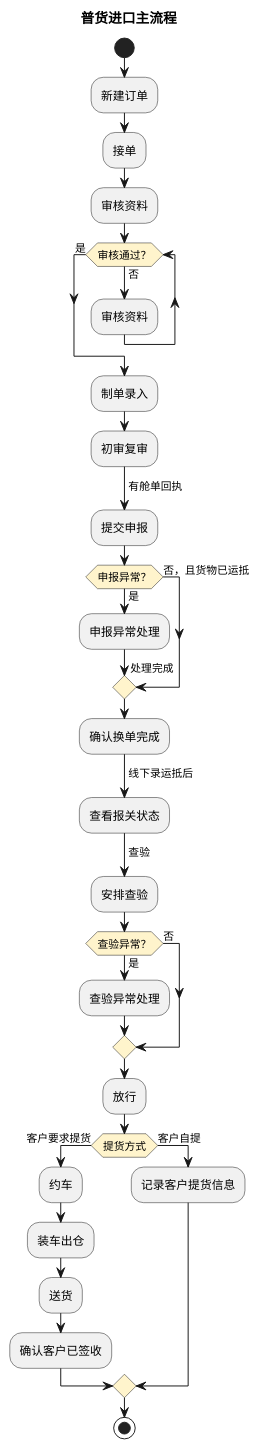
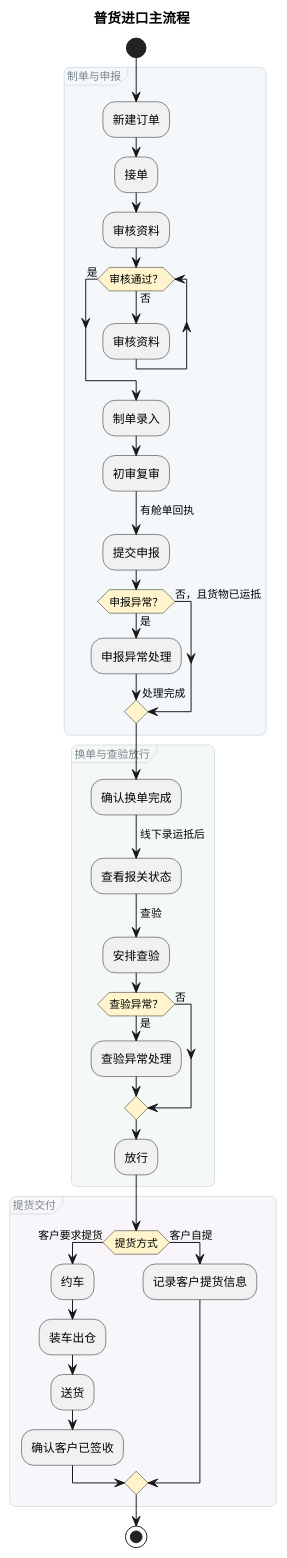
One commit to jack888332/projects-doc changed the sixth of 10 diagrams in product-caliber/goldjet/segmented-prd/mainflow/PRD.高捷物流系统一期.主流程.03.普货进出口关务详细流程.md. Above: the diagram before and after it, drawn with PlantUML. The commit also changed other lines of this file and 16 other files, not shown here.

Commit message:
给DSL图分组

````diff
--- a/product-caliber/goldjet/segmented-prd/mainflow/PRD.高捷物流系统一期.主流程.03.普货进出口关务详细流程.md
+++ b/product-caliber/goldjet/segmented-prd/mainflow/PRD.高捷物流系统一期.主流程.03.普货进出口关务详细流程.md
@@ -168,41 +222,59 @@
 ```plantuml
 @startuml
 skinparam activityDiamondBackgroundColor #FFF4CC
+<style>
+activityDiagram {
+  group {
+    LineColor #CAD5DA
+    LineThickness 0.7
+    RoundCorner 12
+    FontColor #78848D
+    FontSize 11
+    FontStyle plain
+  }
+}
+</style>
 title 普货进口主流程
 start
+group 制单与申报 #F4F8FA {
 :新建订单;
 :接单;
 :审核资料;
 while (审核通过？) is (否)
   :审核资料;
 endwhile (是)
 :制单录入;
 :初审复审;
 -> 有舱单回执;
 :提交申报;
 if (申报异常？) then (是)
   :申报异常处理;
   -> 处理完成;
 else (否，且货物已运抵)
 endif
+}
+group 换单与查验放行 #F5F9F6 {
 :确认换单完成;
 -> 线下录运抵后;
 :查看报关状态;
 -> 查验;
 :安排查验;
 if (查验异常？) then (是)
   :查验异常处理;
 else (否)
 endif
 :放行;
+}
+group 提货交付 #F8F6FA {
 if (提货方式) then (客户要求提货)
   :约车;
   :装车出仓;
   :送货;
   :确认客户已签收;
 else (客户自提)
   :记录客户提货信息;
 endif
+}
 stop
 @enduml
 ```
````
